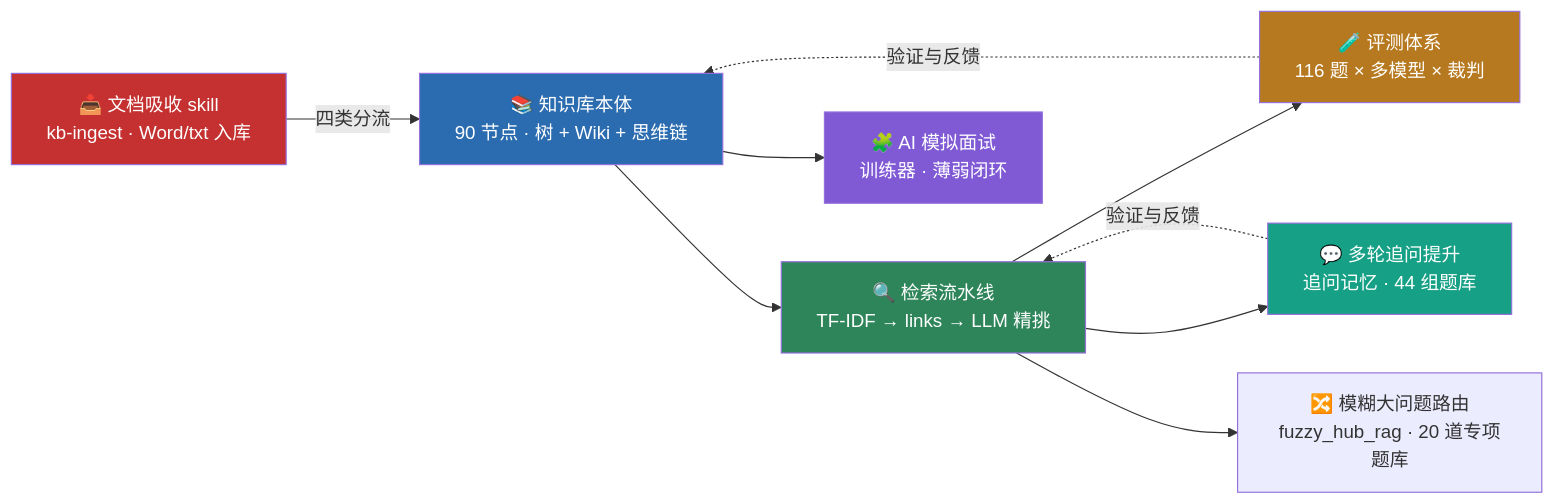
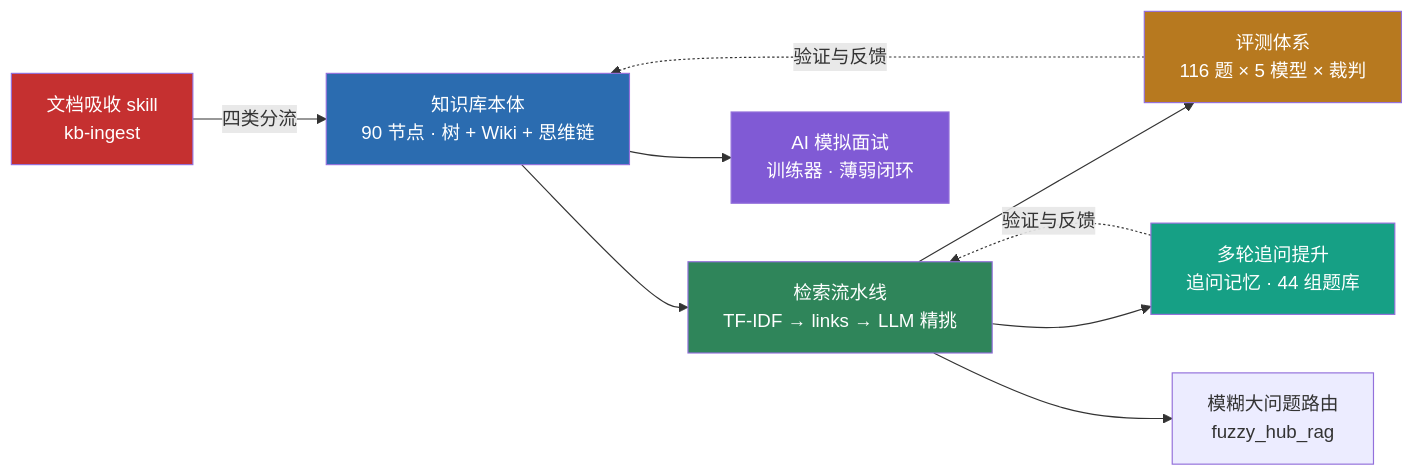
Before and after one commit to Baixiaodou/comm-knowledge-graph: the first of 8 diagrams in README.md, drawn with Mermaid. The commit also changed other lines of this file and 1 other file, not shown here.

````diff
--- a/README.md
+++ b/README.md
@@ -57,18 +53,18 @@
 ```mermaid
 flowchart LR
-    A["📚 知识库本体<br/>90 节点 · 树 + Wiki + 思维链"] --> B["🔍 检索流水线<br/>TF-IDF → links → LLM 精挑"]
-    B --> C["🧪 评测体系<br/>116 题 × 多模型 × 裁判"]
-    A --> D["🧩 AI 模拟面试<br/>训练器 · 薄弱闭环"]
-    B --> E["💬 多轮追问提升<br/>追问记忆 · 44 组题库"]
+    A["知识库本体<br/>90 节点 · 树 + Wiki + 思维链"] --> B["检索流水线<br/>TF-IDF → links → LLM 精挑"]
+    B --> C["评测体系<br/>116 题 × 5 模型 × 裁判"]
+    A --> D["AI 模拟面试<br/>训练器 · 薄弱闭环"]
+    B --> E["多轮追问提升<br/>追问记忆 · 44 组题库"]
     E -.->|验证与反馈| B
-    B --> F["🔀 模糊大问题路由<br/>fuzzy_hub_rag · 20 道专项题库"]
-    G["📥 文档吸收 skill<br/>kb-ingest · Word/txt 入库"] -->|四类分流| A
+    B --> F["模糊大问题路由<br/>fuzzy_hub_rag"]
+    G["文档吸收 skill<br/>kb-ingest"] -->|四类分流| A
     C -.->|验证与反馈| A
 
     style A fill:#2b6cb0,color:#fff
     style B fill:#2f855a,color:#fff
     style C fill:#b7791f,color:#fff
     style D fill:#805ad5,color:#fff
     style E fill:#16a085,color:#fff
     style G fill:#c53030,color:#fff
 ```
````
